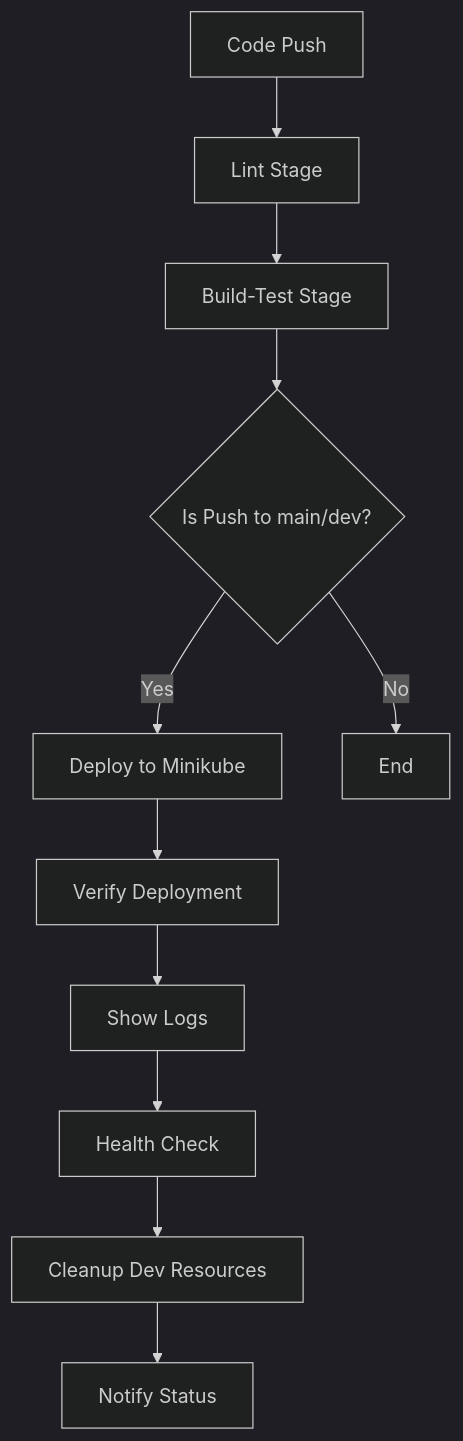
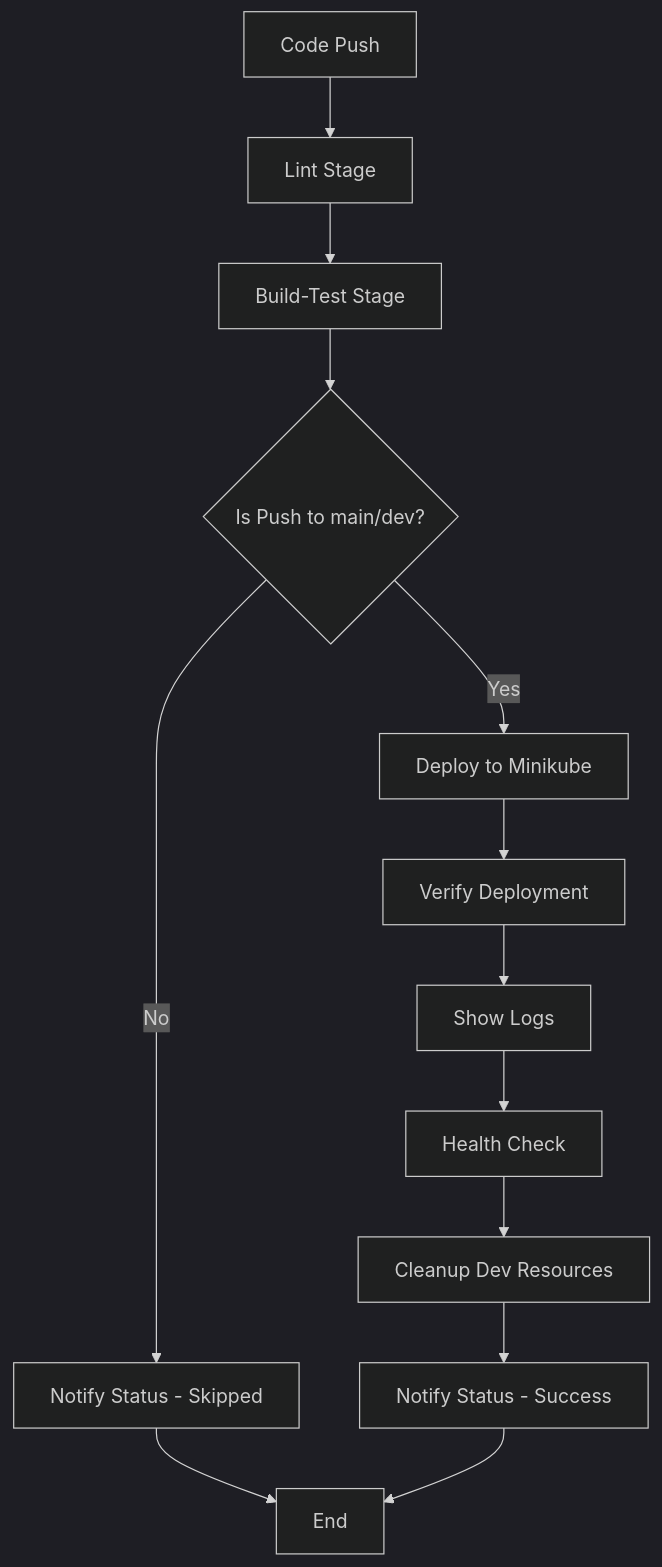
One commit to ChidhagniConsulting/gitops-semgrep changed the diagram in CI-PIPELINE-GUIDE.md. Above: the diagram before and after it, drawn with Mermaid (dark theme). The commit also changed other lines of this file and 1 other file, not shown here.

````diff
--- a/CI-PIPELINE-GUIDE.md
+++ b/CI-PIPELINE-GUIDE.md
@@ -101,13 +103,15 @@
 ```mermaid
 graph TD
     A[Code Push] --> B[Lint Stage]
     B --> C[Build-Test Stage]
     C --> D{Is Push to main/dev?}
     D -->|Yes| E[Deploy to Minikube]
-    D -->|No| F[End]
+    D -->|No| F[Notify Status - Skipped]
     E --> G[Verify Deployment]
     G --> H[Show Logs]
     H --> I[Health Check]
     I --> J[Cleanup Dev Resources]
-    J --> K[Notify Status]
+    J --> K[Notify Status - Success]
+    F --> L[End]
+    K --> L[End]
 ```
````
